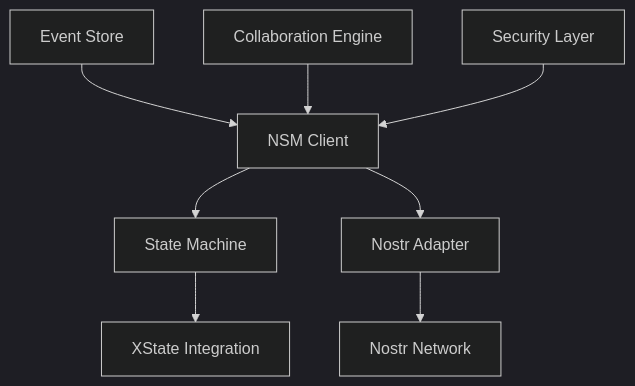
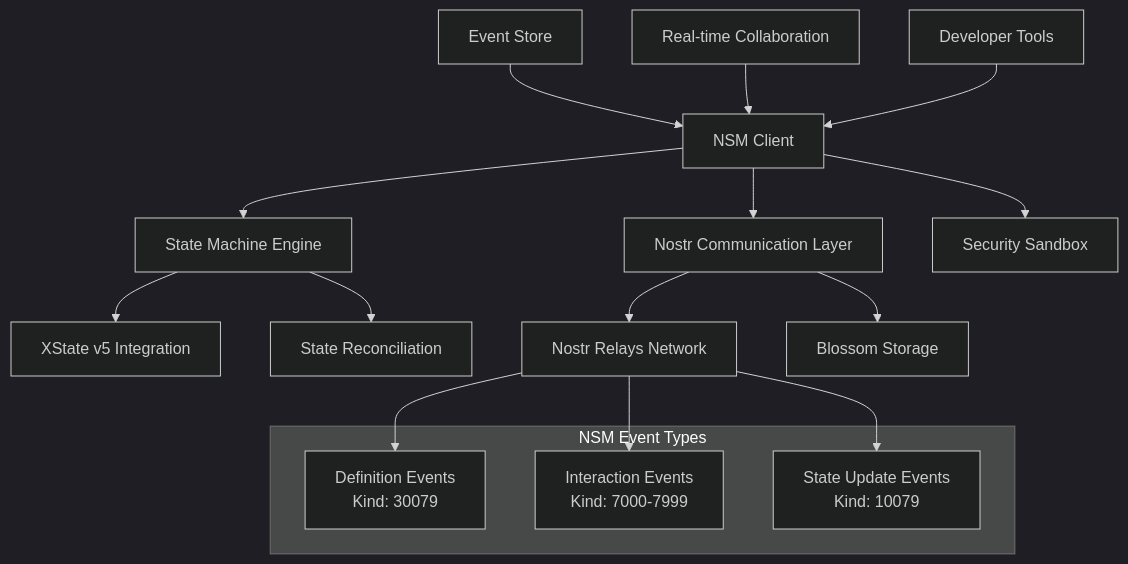
The diagram in docs/introduction.mdx (accolver/NSM-Framework), drawn with Mermaid (dark theme) before and after one commit. The commit also changed other lines of this file and 19 other files, not shown here.

````diff
--- a/docs/introduction.mdx
+++ b/docs/introduction.mdx
@@ -111,10 +137,23 @@
 ```mermaid
 graph TB
-    A[NSM Client] --> B[State Machine]
-    A --> C[Nostr Adapter]
-    B --> D[XState Integration]
-    C --> E[Nostr Network]
+    A[NSM Client] --> B[State Machine Engine]
+    A --> C[Nostr Communication Layer]
+    A --> H[Security Sandbox]
+    B --> D[XState v5 Integration]
+    B --> I[State Reconciliation]
+    C --> E[Nostr Relays Network]
+    C --> J[Blossom Storage]
     F[Event Store] --> A
-    G[Collaboration Engine] --> A
-    H[Security Layer] --> A
+    G[Real-time Collaboration] --> A
+    K[Developer Tools] --> A
+
+    subgraph "NSM Event Types"
+        L[Definition Events<br/>Kind: 30079]
+        M[Interaction Events<br/>Kind: 7000-7999]
+        N[State Update Events<br/>Kind: 10079]
+    end
+
+    E --> L
+    E --> M
+    E --> N
 ```
````
